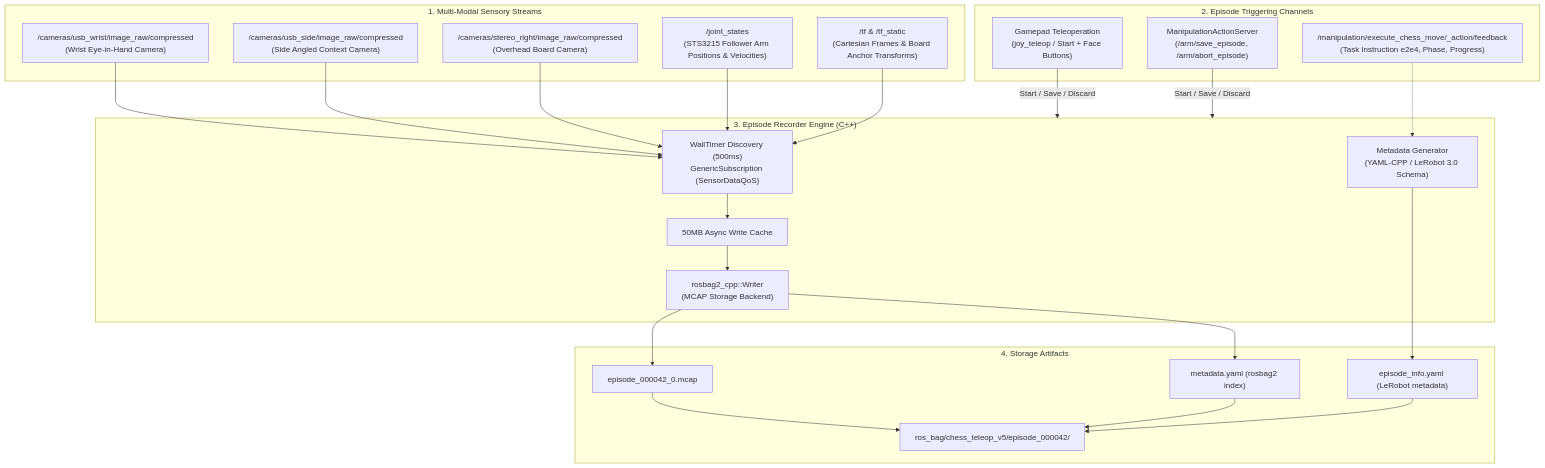
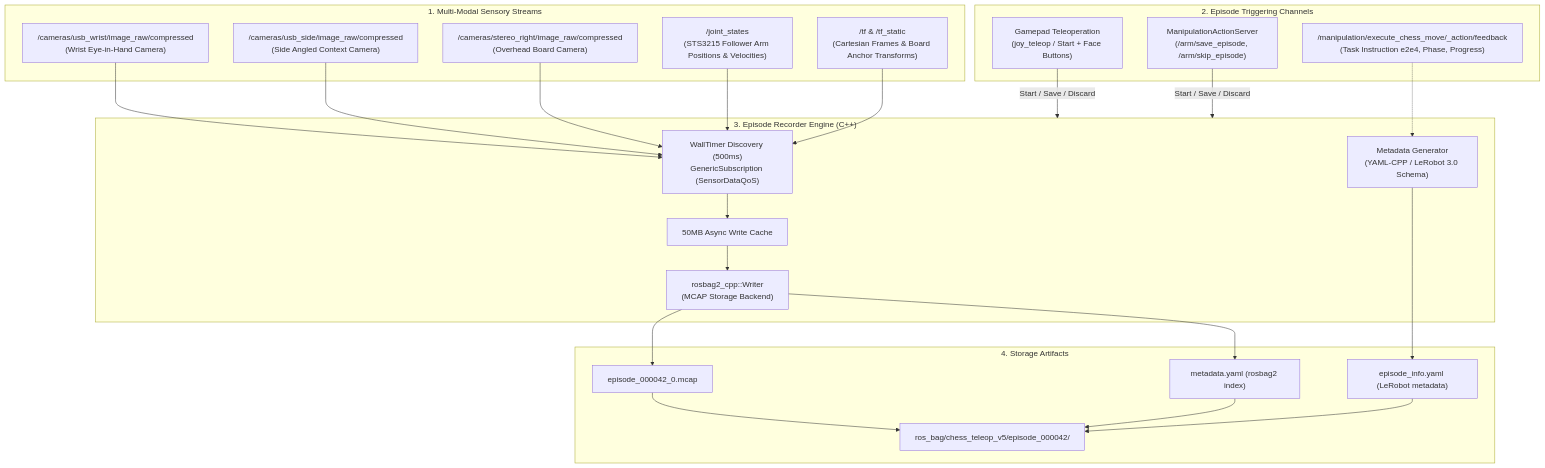
One commit to DuyKhongCay/lekiwi_ros2 changed the second of 3 diagrams in chess_episode_recorder/README.md. Above: the diagram before and after it, drawn with Mermaid. The commit also changed other lines of this file and 14 other files, not shown here.

````diff
--- a/chess_episode_recorder/README.md
+++ b/chess_episode_recorder/README.md
@@ -75,37 +75,37 @@
 ```mermaid
 flowchart TD
     subgraph SensoryInputs ["1. Multi-Modal Sensory Streams"]
         CAM1["/cameras/usb_wrist/image_raw/compressed<br/>(Wrist Eye-in-Hand Camera)"]
         CAM2["/cameras/usb_side/image_raw/compressed<br/>(Side Angled Context Camera)"]
         CAM3["/cameras/stereo_right/image_raw/compressed<br/>(Overhead Board Camera)"]
         JOINTS["/joint_states<br/>(STS3215 Follower Arm Positions & Velocities)"]
         TF["/tf & /tf_static<br/>(Cartesian Frames & Board Anchor Transforms)"]
     end
 
     subgraph ControlChannels ["2. Episode Triggering Channels"]
         GAMEPAD["Gamepad Teleoperation<br/>(joy_teleop / Start + Face Buttons)"]
-        ACTION["ManipulationActionServer<br/>(/arm/save_episode, /arm/abort_episode)"]
+        ACTION["ManipulationActionServer<br/>(/arm/save_episode, /arm/skip_episode)"]
         FEEDBACK["/manipulation/execute_chess_move/_action/feedback<br/>(Task Instruction e2e4, Phase, Progress)"]
     end
 
     subgraph RecorderEngine ["3. Episode Recorder Engine (C++)"]
         DISC["WallTimer Discovery (500ms)<br/>GenericSubscription (SensorDataQoS)"]
         CACHE["50MB Async Write Cache"]
         WRITER["rosbag2_cpp::Writer<br/>(MCAP Storage Backend)"]
         META["Metadata Generator<br/>(YAML-CPP / LeRobot 3.0 Schema)"]
     end
 
     subgraph OutputDataset ["4. Storage Artifacts"]
         DIR["ros_bag/chess_teleop_v5/episode_000042/"]
         MCAP["episode_000042_0.mcap"]
         ROSBAG_YAML["metadata.yaml (rosbag2 index)"]
         INFO_YAML["episode_info.yaml (LeRobot metadata)"]
     end
 
     CAM1 & CAM2 & CAM3 & JOINTS & TF --> DISC
     DISC --> CACHE --> WRITER --> MCAP & ROSBAG_YAML
     FEEDBACK -.-> META
     GAMEPAD & ACTION -->|Start / Save / Discard| RecorderEngine
     META --> INFO_YAML
     MCAP & ROSBAG_YAML & INFO_YAML --> DIR
 ```
````
